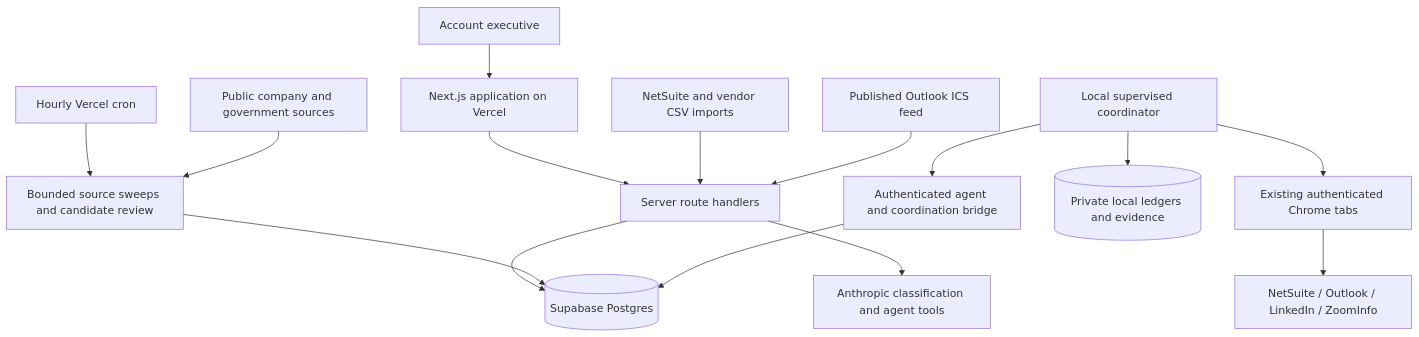
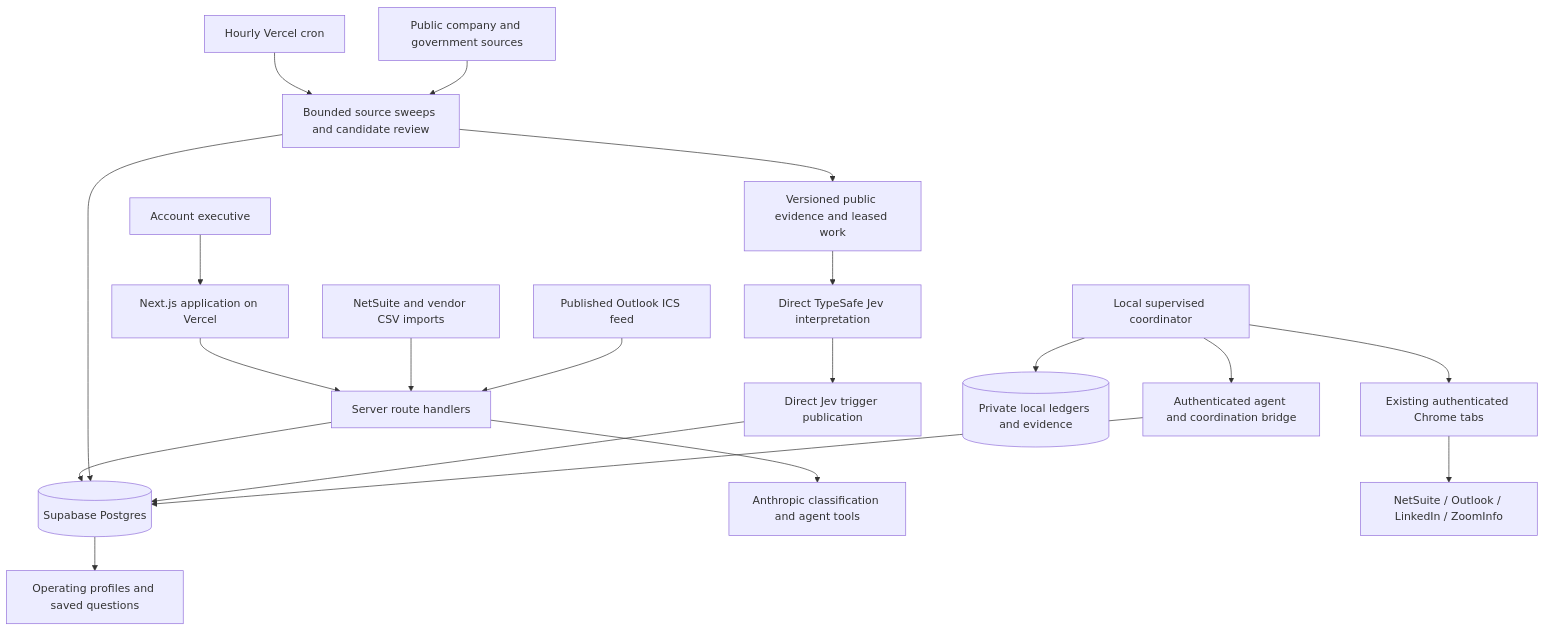
Before and after one commit to armansra-hub/stanley: the first of 2 diagrams in docs/ARCHITECTURE.md, drawn with Mermaid. The commit also changed other lines of this file and 46 other files, not shown here.

````diff
--- a/docs/ARCHITECTURE.md
+++ b/docs/ARCHITECTURE.md
@@ -7,17 +7,22 @@
 ```mermaid
 flowchart TD
   AE[Account executive] --> UI[Next.js application on Vercel]
   UI --> API[Server route handlers]
   API --> DB[(Supabase Postgres)]
   API --> AI[Anthropic classification and agent tools]
   CSV[NetSuite and vendor CSV imports] --> API
   CRON[Hourly Vercel cron] --> SWEEP[Bounded source sweeps and candidate review]
   PUBLIC[Public company and government sources] --> SWEEP
   SWEEP --> DB
+  SWEEP --> E[Versioned public evidence and leased work]
+  E --> J[Direct TypeSafe Jev interpretation]
+  J --> JT[Direct Jev trigger publication]
+  JT --> DB
+  DB --> RESEARCH[Operating profiles and saved questions]
   LOCAL[Local supervised coordinator] --> CHROME[Existing authenticated Chrome tabs]
   CHROME --> SYSTEMS[NetSuite / Outlook / LinkedIn / ZoomInfo]
   LOCAL --> LEDGER[(Private local ledgers and evidence)]
   LOCAL --> BRIDGE[Authenticated agent and coordination bridge]
   BRIDGE --> DB
   ICS[Published Outlook ICS feed] --> API
 ```
````
